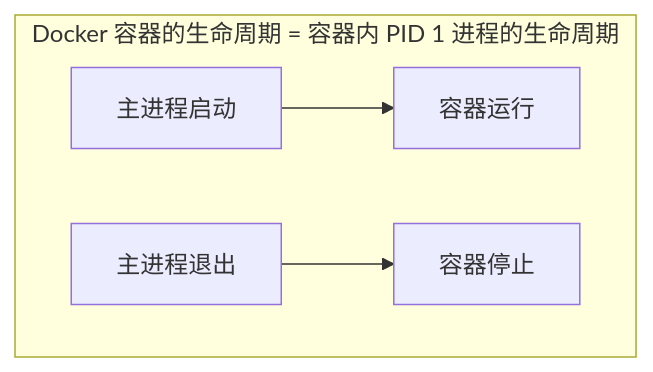
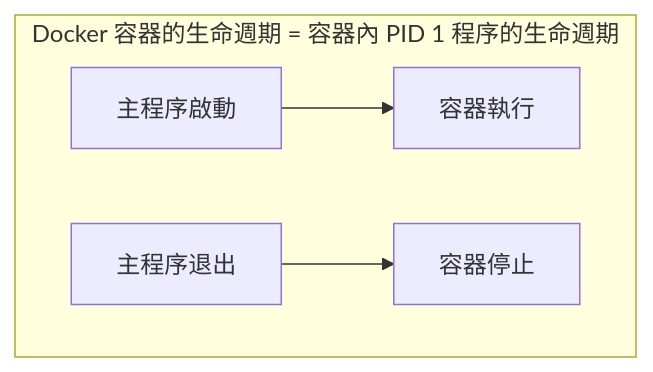
The diagram in 05_container/5.2_daemon.md (alexkuoecity/docker-practice-master-zh-tw), drawn with Mermaid before and after one commit. The commit also changed other lines of this file and 200 other files, not shown here.

````diff
--- a/05_container/5.2_daemon.md
+++ b/05_container/5.2_daemon.md
@@ -57,8 +57,8 @@
 ```mermaid
 flowchart TD
-    subgraph Lifecycle ["Docker 容器的生命周期 = 容器内 PID 1 进程的生命周期"]
+    subgraph Lifecycle ["Docker 容器的生命週期 = 容器內 PID 1 程序的生命週期"]
         direction LR
-        Start["主进程启动"] --> Run["容器运行"]
-        Exit["主进程退出"] --> Stop["容器停止"]
+        Start["主程序啟動"] --> Run["容器執行"]
+        Exit["主程序退出"] --> Stop["容器停止"]
     end
 ```
````
